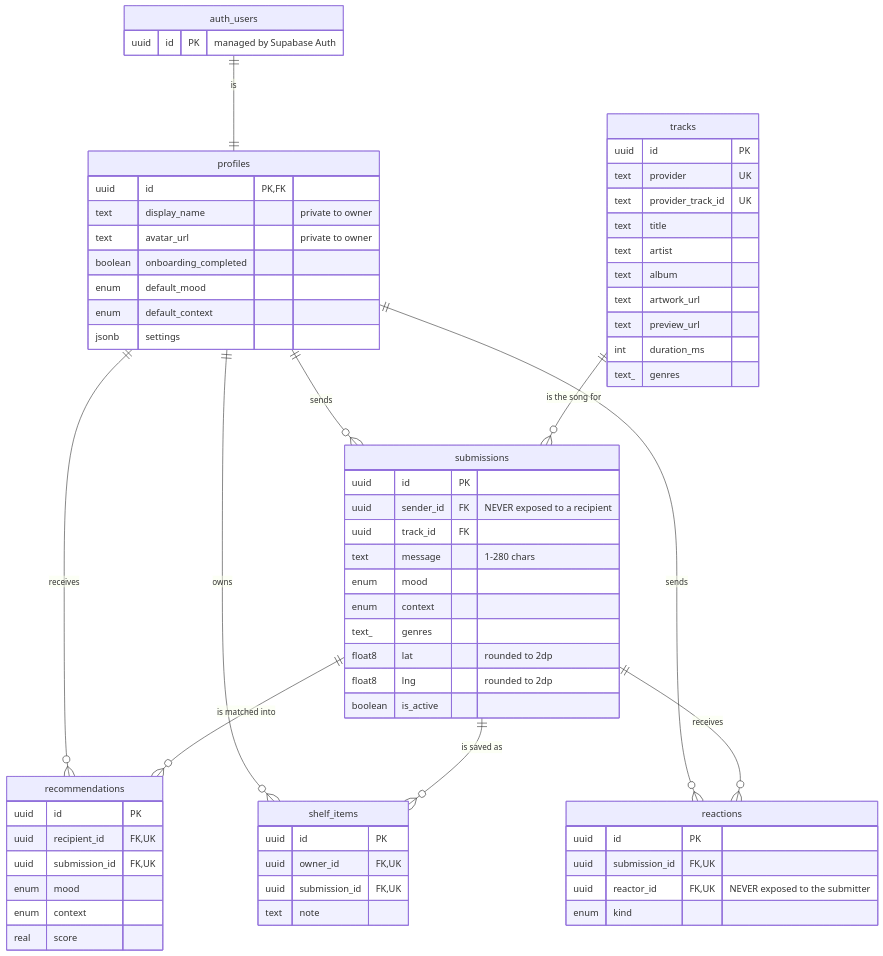
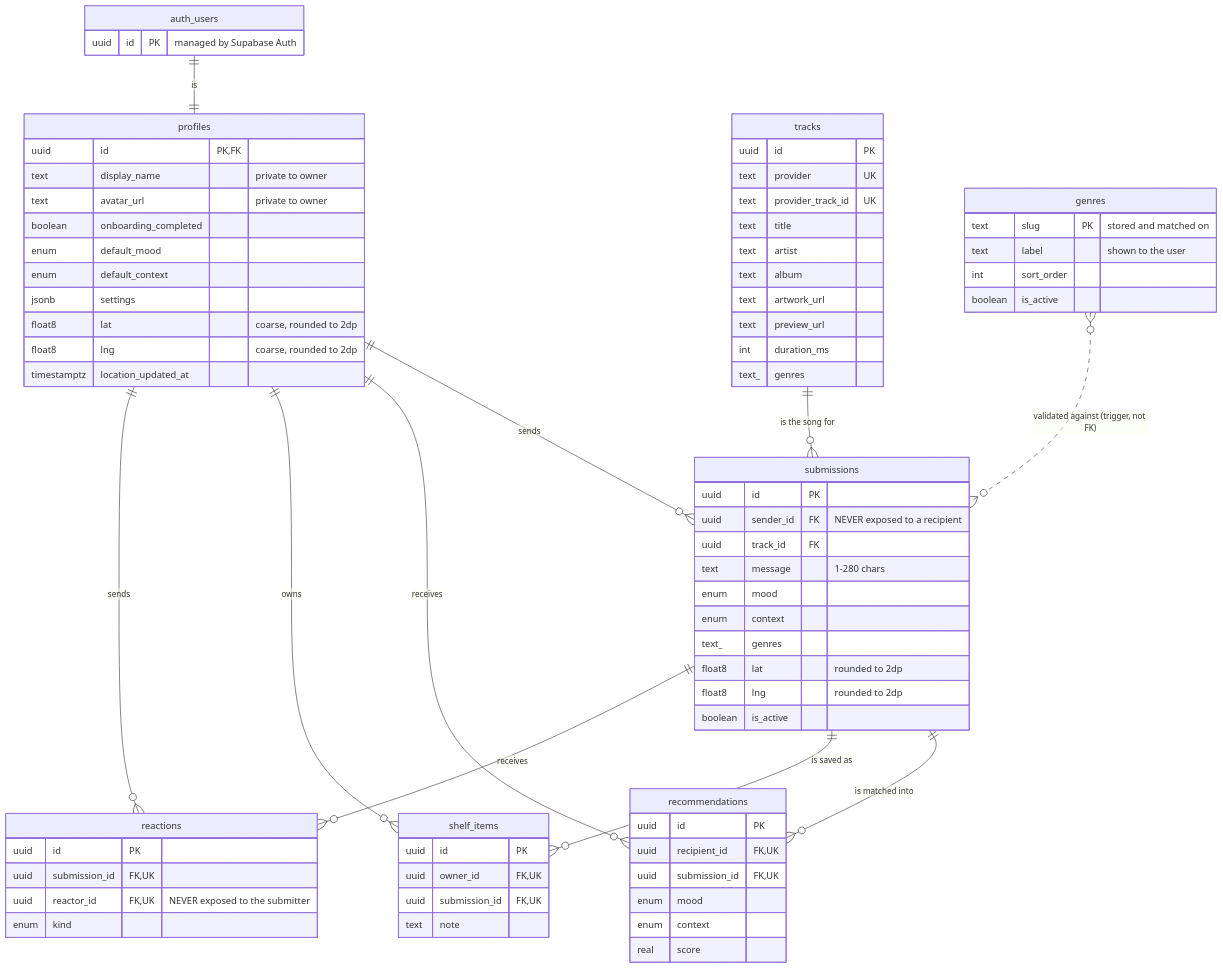
The diagram in docs/database.md (killlel/comp90018), drawn with Mermaid before and after one commit. The commit also changed other lines of this file and 2 other files, not shown here.

Commit message:
1. Drop "city" from profile 2. Update ERD

````diff
--- a/docs/database.md
+++ b/docs/database.md
@@ -54,69 +54,79 @@
 ```mermaid
 erDiagram
     auth_users     ||--||  profiles        : "is"
     profiles       ||--o{  submissions     : sends
     tracks         ||--o{  submissions     : "is the song for"
     profiles       ||--o{  recommendations : receives
     submissions    ||--o{  recommendations : "is matched into"
     profiles       ||--o{  shelf_items     : owns
     submissions    ||--o{  shelf_items     : "is saved as"
     profiles       ||--o{  reactions       : sends
     submissions    ||--o{  reactions       : receives
+    genres         }o..o{  submissions     : "validated against (trigger, not FK)"
 
     auth_users {
         uuid id PK "managed by Supabase Auth"
     }
     profiles {
-        uuid    id                   PK,FK
-        text    display_name         "private to owner"
-        text    avatar_url           "private to owner"
-        boolean onboarding_completed
-        enum    default_mood
-        enum    default_context
-        jsonb   settings
+        uuid        id                   PK,FK
+        text        display_name         "private to owner"
+        text        avatar_url           "private to owner"
+        boolean     onboarding_completed
+        enum        default_mood
+        enum        default_context
+        jsonb       settings
+        float8      lat                  "coarse, rounded to 2dp"
+        float8      lng                  "coarse, rounded to 2dp"
+        timestamptz location_updated_at
+    }
+    genres {
+        text    slug       PK "stored and matched on"
+        text    label      "shown to the user"
+        int     sort_order
+        boolean is_active
     }
     tracks {
         uuid   id                PK
         text   provider          UK
         text   provider_track_id UK
         text   title
         text   artist
         text   album
         text   artwork_url
         text   preview_url
         int    duration_ms
         text_  genres
     }
     submissions {
         uuid    id         PK
         uuid    sender_id  FK "NEVER exposed to a recipient"
         uuid    track_id   FK
         text    message    "1-280 chars"
         enum    mood
         enum    context
         text_   genres
         float8  lat        "rounded to 2dp"
         float8  lng        "rounded to 2dp"
         boolean is_active
     }
     recommendations {
         uuid  id            PK
         uuid  recipient_id  FK,UK
         uuid  submission_id FK,UK
         enum  mood
         enum  context
         real  score
     }
     shelf_items {
         uuid id            PK
         uuid owner_id      FK,UK
         uuid submission_id FK,UK
         text note
     }
     reactions {
         uuid id            PK
         uuid submission_id FK,UK
         uuid reactor_id    FK,UK "NEVER exposed to the submitter"
         enum kind
     }
 ```
````
